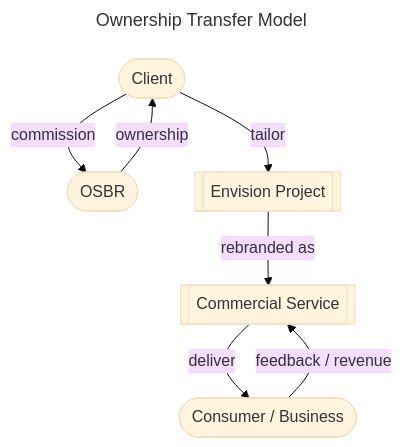
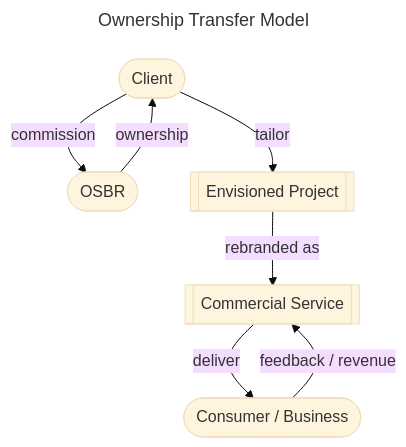
One commit to osbrjp/handbook changed the fifth of 5 diagrams in doc/strategy.md. Above: the diagram before and after it, drawn with Mermaid (base theme). The commit also changed other lines of this file and 1 other file, not shown here.

````diff
--- a/doc/strategy.md
+++ b/doc/strategy.md
@@ -117,12 +117,12 @@
 ```mermaid
 ---
 title: Ownership Transfer Model
 ---
 graph TB;
     C([Client]) -- "commission" --> OSBR([OSBR]);
     OSBR([OSBR]) -- "ownership"  --> C
-    IHSES[[Envision Project]] -- "rebranded as" --> CS[[Commercial Service]];
+    IHSES[[Envisioned Project]] -- "rebranded as" --> CS[[Commercial Service]];
     C -- "tailor" --> IHSES;
     CS -- "deliver" --> CB([Consumer / Business]);
     CB -- "feedback / revenue" --> CS;
 ```
````
